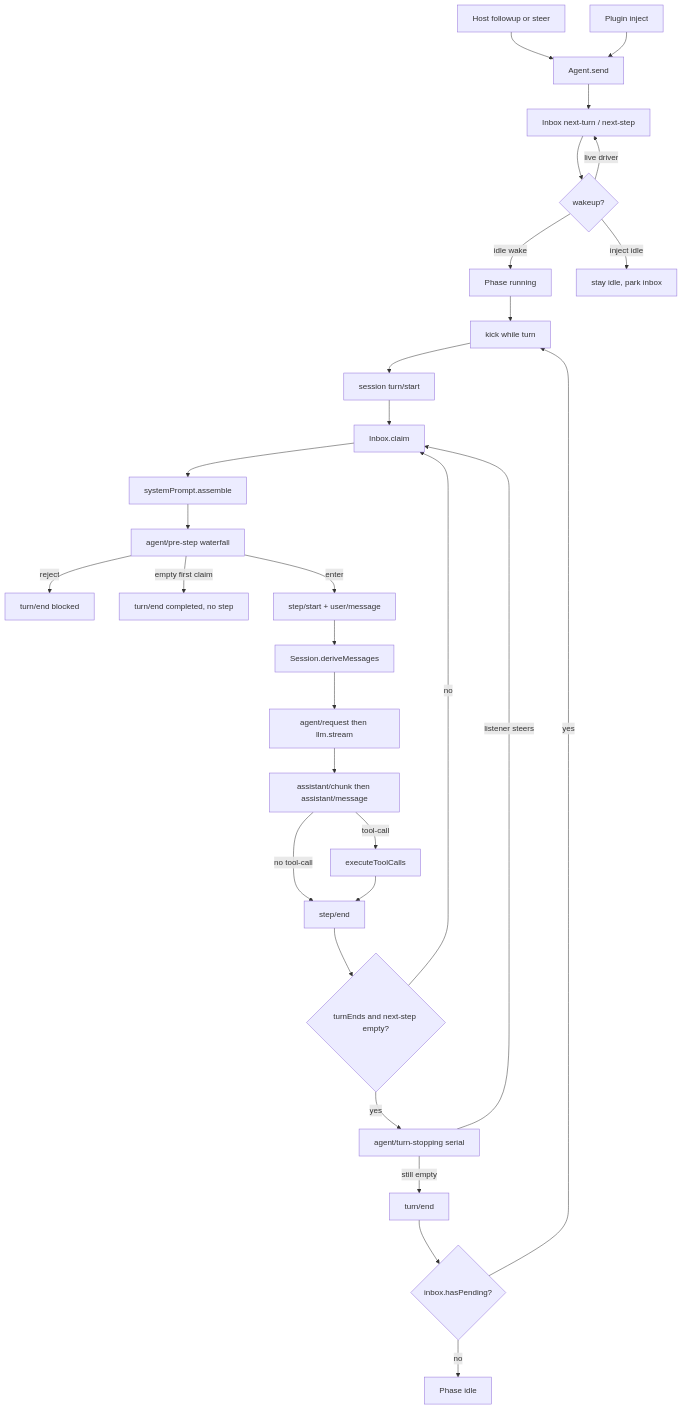
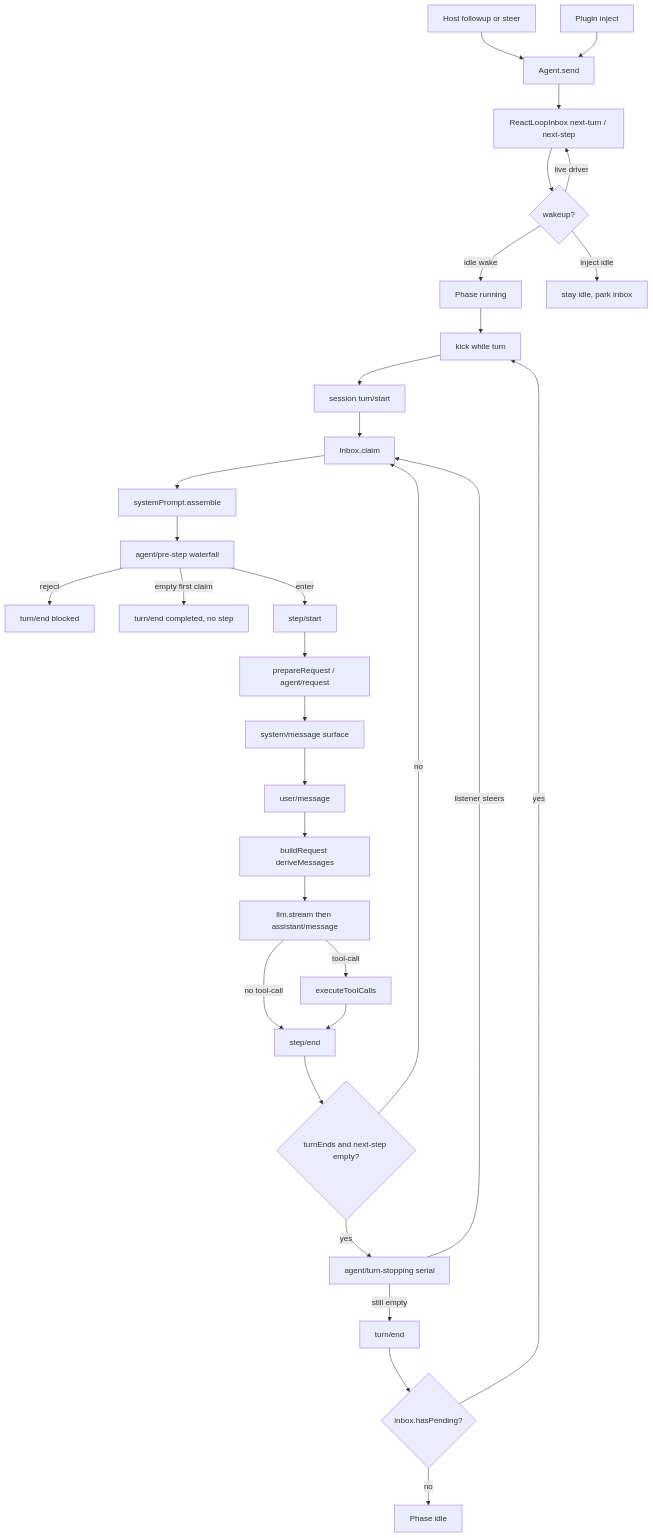
One commit to wdnmdtonyma/SOTA-Agent-LLM-Wiki changed the diagram in docs/llm-wiki/deepseek-harness/spine/turn-and-step.md. Above: the diagram before and after it, drawn with Mermaid. The commit also changed other lines of this file and 219 other files, not shown here.

````diff
--- a/docs/llm-wiki/deepseek-harness/spine/turn-and-step.md
+++ b/docs/llm-wiki/deepseek-harness/spine/turn-and-step.md
@@ -45,32 +45,34 @@
 ```mermaid
 flowchart TD
   HostPrompt["Host followup or steer"] --> Send["Agent.send"]
   PluginInject["Plugin inject"] --> Send
-  Send --> Inbox["Inbox next-turn / next-step"]
+  Send --> Inbox["ReactLoopInbox next-turn / next-step"]
   Inbox --> Wake{"wakeup?"}
   Wake -->|idle wake| PhaseRun["Phase running"]
   Wake -->|inject idle| Park["stay idle, park inbox"]
   Wake -->|live driver| Inbox
   PhaseRun --> Kick["kick while turn"]
   Kick --> TurnStart["session turn/start"]
   TurnStart --> Claim["Inbox.claim"]
   Claim --> Assemble["systemPrompt.assemble"]
   Assemble --> PreStep["agent/pre-step waterfall"]
   PreStep -->|reject| Blocked["turn/end blocked"]
   PreStep -->|empty first claim| Empty["turn/end completed, no step"]
-  PreStep -->|enter| StepStart["step/start + user/message"]
-  StepStart --> Derive["Session.deriveMessages"]
-  Derive --> Request["agent/request then llm.stream"]
-  Request --> Chunks["assistant/chunk then assistant/message"]
-  Chunks -->|no tool-call| StepEnd["step/end"]
-  Chunks -->|tool-call| Tools["executeToolCalls"]
+  PreStep -->|enter| StepStart["step/start"]
+  StepStart --> Prepare["prepareRequest / agent/request"]
+  Prepare --> SystemMsg["system/message surface"]
+  SystemMsg --> UserMsg["user/message"]
+  UserMsg --> Derive["buildRequest deriveMessages"]
+  Derive --> Stream["llm.stream then assistant/message"]
+  Stream -->|no tool-call| StepEnd["step/end"]
+  Stream -->|tool-call| Tools["executeToolCalls"]
   Tools --> StepEnd
   StepEnd --> Stopping{"turnEnds and next-step empty?"}
   Stopping -->|no| Claim
   Stopping -->|yes| TurnStop["agent/turn-stopping serial"]
   TurnStop -->|listener steers| Claim
   TurnStop -->|still empty| TurnEnd["turn/end"]
   TurnEnd --> Pending{"inbox.hasPending?"}
   Pending -->|yes| Kick
   Pending -->|no| Idle["Phase idle"]
 ```
````
